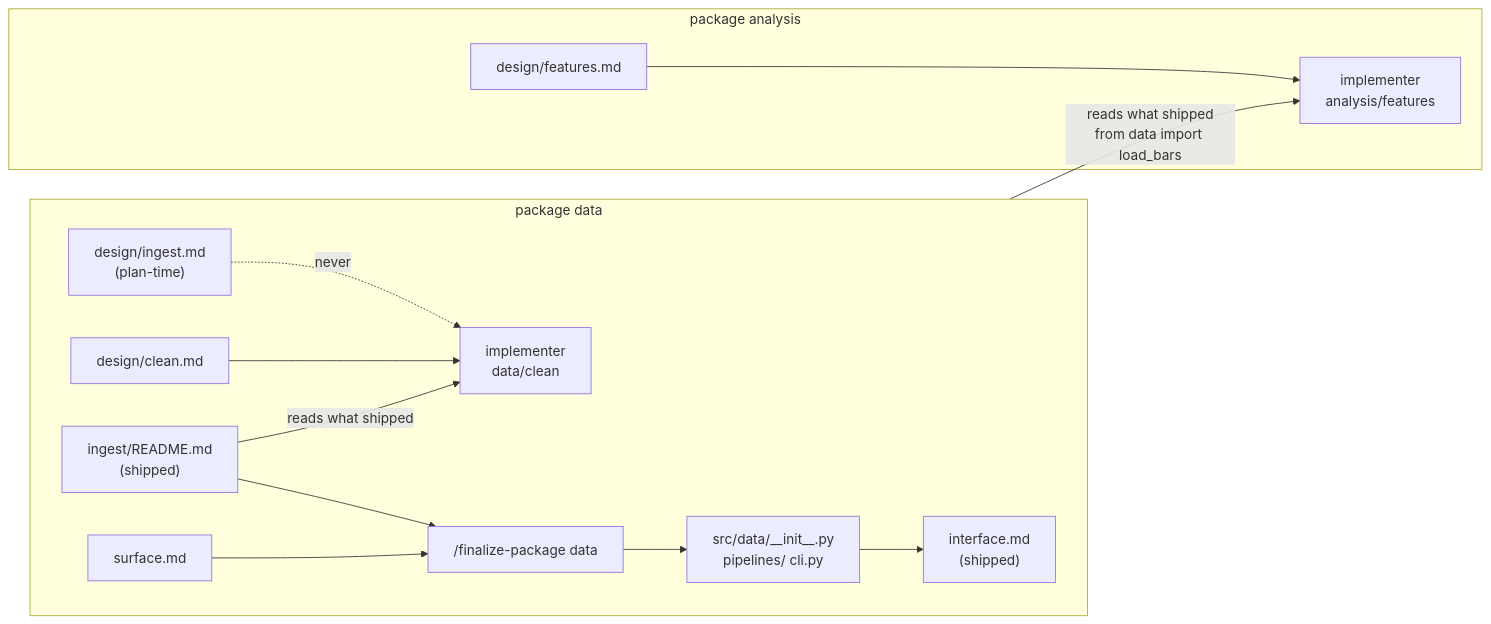
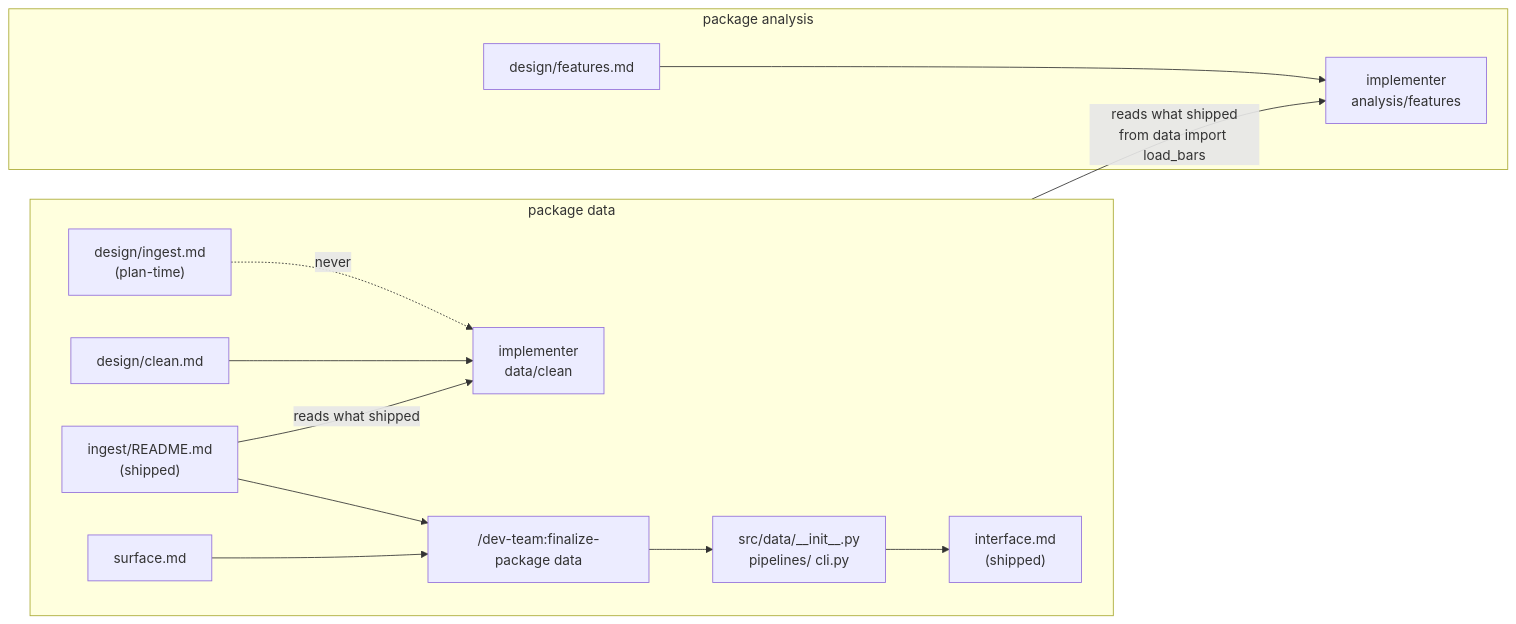
The first of 3 diagrams in dev-team/site/flow.md (cott435/cott-plugins), drawn with Mermaid before and after one commit. The commit also changed other lines of this file and 22 other files, not shown here.

First line of the commit message:
dev-team 0.3.1 + plugin-dev 0.4.0: one statement per rule, and the three-file rule now checks itself

````diff
--- a/dev-team/site/flow.md
+++ b/dev-team/site/flow.md
@@ -15,26 +15,26 @@
 ```mermaid
 flowchart LR
   subgraph data["package data"]
     direction LR
     ingD["design/ingest.md<br/>(plan-time)"]
     ingR["ingest/README.md<br/>(shipped)"]
     clnD["design/clean.md"]
     cln["implementer<br/>data/clean"]
     surf["surface.md"]
-    fin["/finalize-package data"]
+    fin["/dev-team:finalize-package data"]
     init["src/data/__init__.py<br/>pipelines/ cli.py"]
     iface["interface.md<br/>(shipped)"]
     clnD --> cln
     ingR -- "reads what shipped" --> cln
     ingD -. "never" .-> cln
     surf --> fin
     ingR --> fin
     fin --> init --> iface
   end
   subgraph analysis["package analysis"]
     featD["design/features.md"]
     feat["implementer<br/>analysis/features"]
     featD --> feat
   end
   iface -- "reads what shipped<br/>from data import load_bars" --> feat
 ```
````
